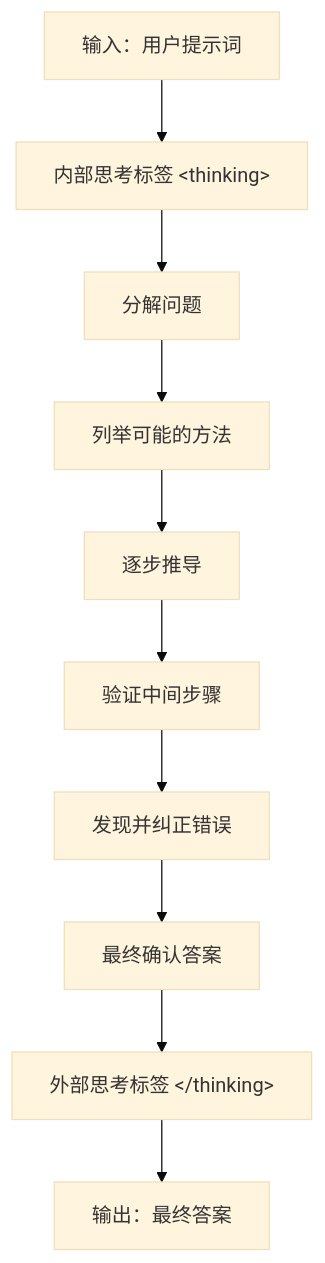
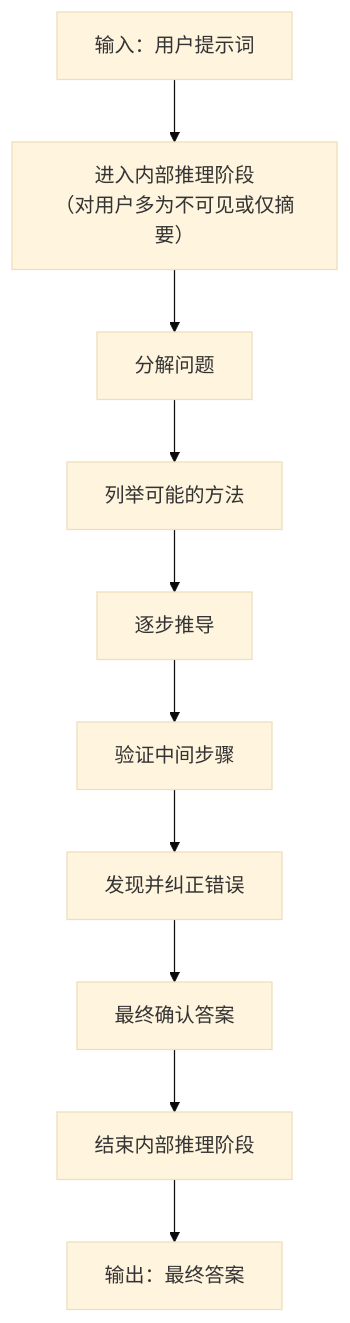
Before and after one commit to changsongyang/ai_beginner_guide: the second of 2 diagrams in 07_reasoning_models/7.2_how_reasoning_works.md, drawn with Mermaid (base theme). The commit also changed 4 other files, not shown here.

````diff
--- a/07_reasoning_models/7.2_how_reasoning_works.md
+++ b/07_reasoning_models/7.2_how_reasoning_works.md
@@ -29,18 +29,18 @@
 ```mermaid
 graph TD
     A["输入：用户提示词"]
-    B["内部思考标签 &lt;thinking&gt;"]
+    B["进入内部推理阶段<br/>（对用户多为不可见或仅摘要）"]
     C["分解问题"]
     D["列举可能的方法"]
     E["逐步推导"]
     F["验证中间步骤"]
     G["发现并纠正错误"]
     H["最终确认答案"]
-    I["外部思考标签 &lt;/thinking&gt;"]
+    I["结束内部推理阶段"]
     J["输出：最终答案"]
 
     A --> B
     B --> C --> D --> E --> F --> G --> H
     H --> I
     I --> J
 ```
````
